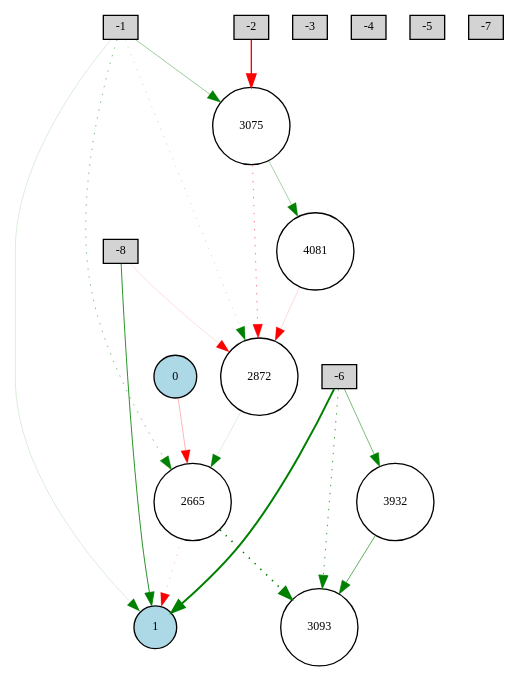
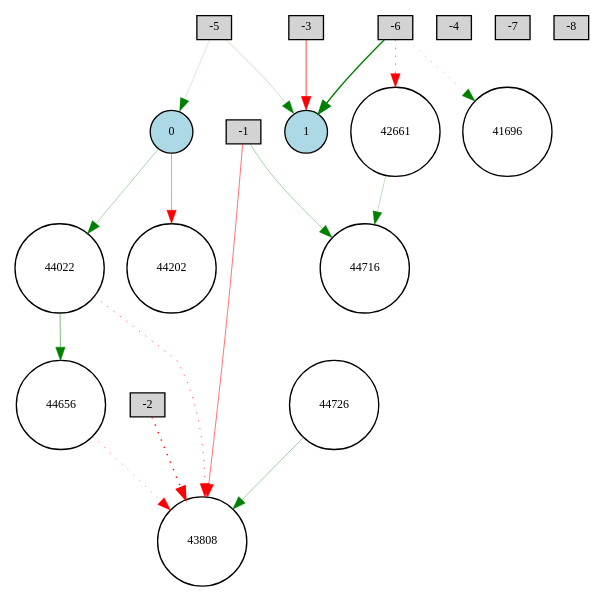
One commit to BhargavaGowda/NEAT-GymPython changed the diagram in Digraph.gv. Above: the diagram before and after it, drawn with Graphviz. The commit also changed 17 other files, not shown here.

```diff
--- a/Digraph.gv
+++ b/Digraph.gv
@@ -1,37 +1,37 @@
 digraph {
 	node [fontsize=9 height=0.2 shape=circle width=0.2]
 	-1 [fillcolor=lightgray shape=box style=filled]
 	-2 [fillcolor=lightgray shape=box style=filled]
 	-3 [fillcolor=lightgray shape=box style=filled]
 	-4 [fillcolor=lightgray shape=box style=filled]
 	-5 [fillcolor=lightgray shape=box style=filled]
 	-6 [fillcolor=lightgray shape=box style=filled]
 	-7 [fillcolor=lightgray shape=box style=filled]
 	-8 [fillcolor=lightgray shape=box style=filled]
 	0 [fillcolor=lightblue style=filled]
 	1 [fillcolor=lightblue style=filled]
-	3075 [fillcolor=white style=filled]
-	2665 [fillcolor=white style=filled]
-	4081 [fillcolor=white style=filled]
-	3093 [fillcolor=white style=filled]
-	2872 [fillcolor=white style=filled]
-	3932 [fillcolor=white style=filled]
-	-6 -> 1 [color=green penwidth=1.4885867618011432 style=solid]
-	-8 -> 1 [color=green penwidth=0.6300270449101051 style=solid]
-	-1 -> 1 [color=green penwidth=0.10633002430307359 style=solid]
-	-1 -> 2665 [color=green penwidth=0.40802129567504575 style=dotted]
-	2665 -> 1 [color=red penwidth=0.1667057829057369 style=dotted]
-	-1 -> 2872 [color=green penwidth=0.16443850961255196 style=dotted]
-	2872 -> 2665 [color=green penwidth=0.10042474504981544 style=solid]
-	3075 -> 2872 [color=red penwidth=0.41425610687857795 style=dotted]
-	2665 -> 3093 [color=green penwidth=1.2893638184637144 style=dotted]
-	0 -> 2665 [color=red penwidth=0.22465130546401868 style=solid]
-	-2 -> 3075 [color=red penwidth=1.0202331823145758 style=solid]
-	-6 -> 3093 [color=green penwidth=0.5847876082430921 style=dotted]
-	-8 -> 2872 [color=red penwidth=0.10213863095956369 style=solid]
-	-6 -> 3932 [color=green penwidth=0.3975266229857617 style=solid]
-	3932 -> 3093 [color=green penwidth=0.4749768319287766 style=solid]
-	3075 -> 4081 [color=green penwidth=0.25620470464650463 style=solid]
-	4081 -> 2872 [color=red penwidth=0.11614447232478049 style=solid]
-	-1 -> 3075 [color=green penwidth=0.304058971913426 style=solid]
+	43808 [fillcolor=white style=filled]
+	41696 [fillcolor=white style=filled]
+	42661 [fillcolor=white style=filled]
+	44202 [fillcolor=white style=filled]
+	44716 [fillcolor=white style=filled]
+	44656 [fillcolor=white style=filled]
+	44022 [fillcolor=white style=filled]
+	44726 [fillcolor=white style=filled]
+	-6 -> 1 [color=green penwidth=1.049358830652889 style=solid]
+	-6 -> 41696 [color=green penwidth=0.22836448057905373 style=dotted]
+	-6 -> 42661 [color=red penwidth=0.4318623873066366 style=dotted]
+	-2 -> 43808 [color=red penwidth=1.1180732456013265 style=dotted]
+	-5 -> 1 [color=green penwidth=0.17338724347232298 style=solid]
+	44022 -> 43808 [color=red penwidth=0.44856043173534976 style=dotted]
+	-1 -> 43808 [color=red penwidth=0.4136802988364774 style=solid]
+	0 -> 44202 [color=red penwidth=0.32261185077808185 style=solid]
+	0 -> 44022 [color=green penwidth=0.24877323099872115 style=solid]
+	-3 -> 1 [color=red penwidth=0.546187338440644 style=solid]
+	44022 -> 44656 [color=green penwidth=0.3964187383863409 style=solid]
+	44656 -> 43808 [color=red penwidth=0.30725883606586846 style=dotted]
+	-1 -> 44716 [color=green penwidth=0.26028404143369455 style=solid]
+	42661 -> 44716 [color=green penwidth=0.1875340363246979 style=solid]
+	44726 -> 43808 [color=green penwidth=0.2751878572827535 style=solid]
+	-5 -> 0 [color=green penwidth=0.13275406695020478 style=solid]
 }
```
